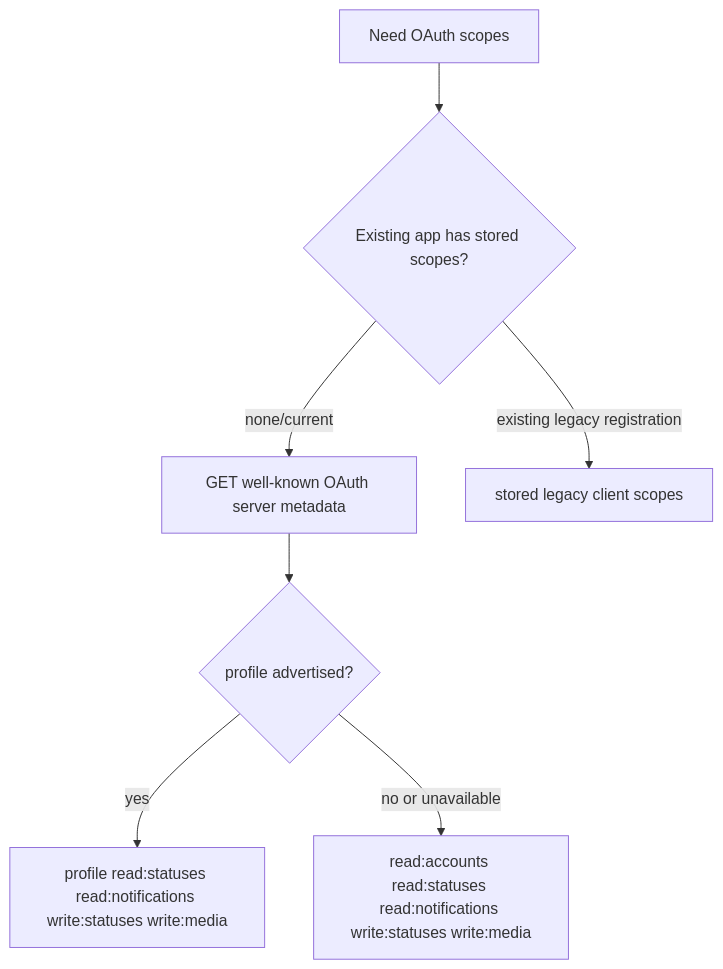
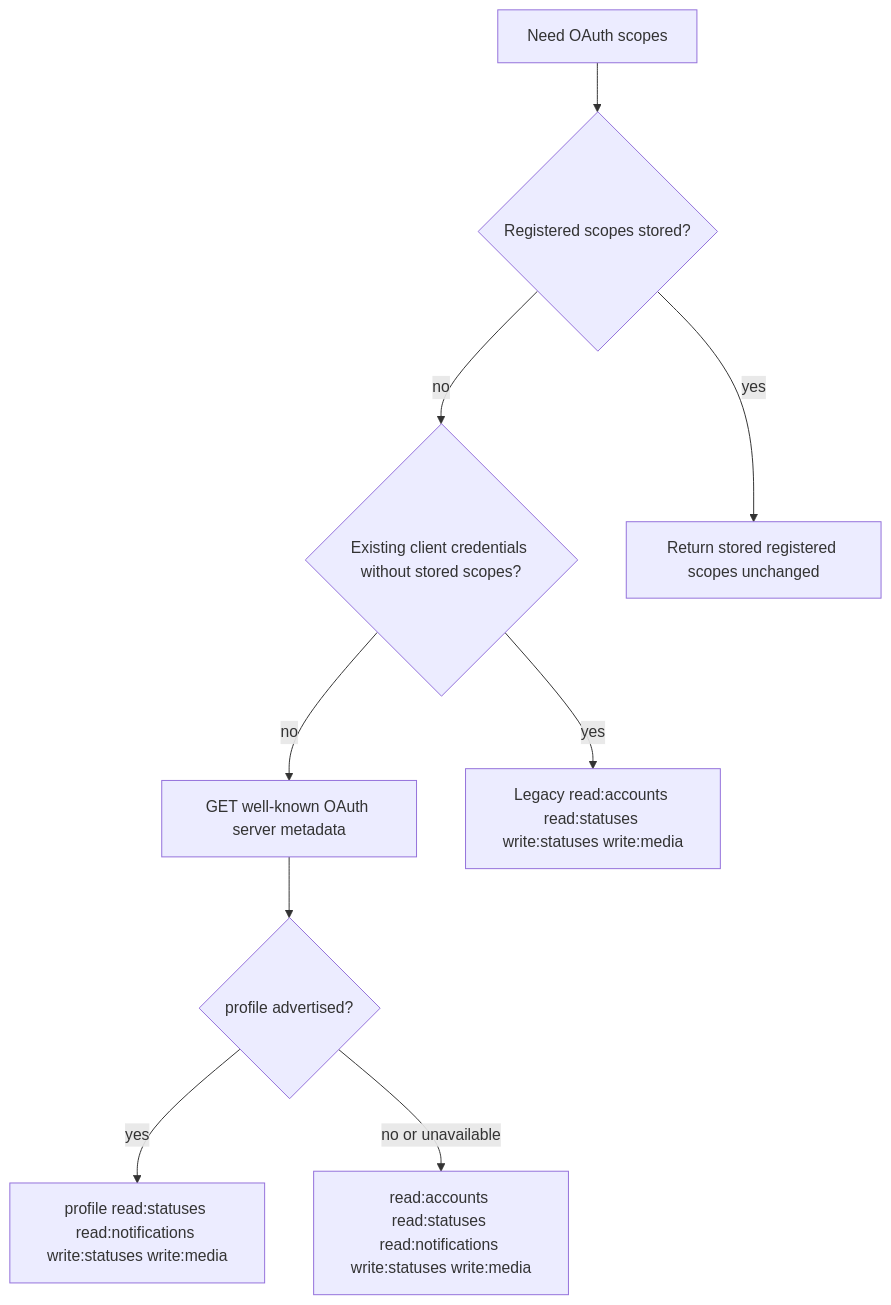
Before and after one commit to flatpressblog/flatpress: the first of 3 diagrams in fp-plugins/mastodon/developer-docs/04-API-Compatibility.md, drawn with Mermaid. The commit also changed other lines of this file and 11 other files, not shown here.

````diff
--- a/fp-plugins/mastodon/developer-docs/04-API-Compatibility.md
+++ b/fp-plugins/mastodon/developer-docs/04-API-Compatibility.md
@@ -143,17 +176,21 @@
 ```mermaid
 flowchart TD
     Start[Need OAuth scopes]
     Discovery[GET well-known OAuth server metadata]
     Profile{profile advertised?}
-    Stored{Existing app has stored scopes?}
+    Stored{Registered scopes stored?}
+    Existing{Existing client credentials without stored scopes?}
     UseProfile[profile read:statuses read:notifications write:statuses write:media]
     UseCompatible[read:accounts read:statuses read:notifications write:statuses write:media]
-    UseLegacy[stored legacy client scopes]
+    UseStored[Return stored registered scopes unchanged]
+    UseLegacy[Legacy read:accounts read:statuses write:statuses write:media]
 
     Start --> Stored
-    Stored -- existing legacy registration --> UseLegacy
-    Stored -- none/current --> Discovery
+    Stored -- yes --> UseStored
+    Stored -- no --> Existing
+    Existing -- yes --> UseLegacy
+    Existing -- no --> Discovery
     Discovery --> Profile
     Profile -- yes --> UseProfile
     Profile -- no or unavailable --> UseCompatible
 ```
````
